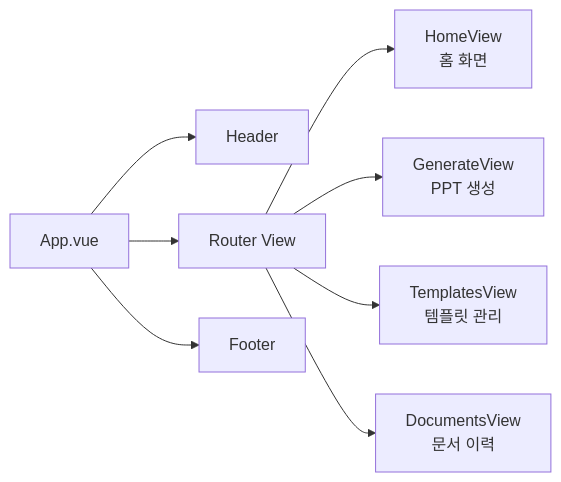
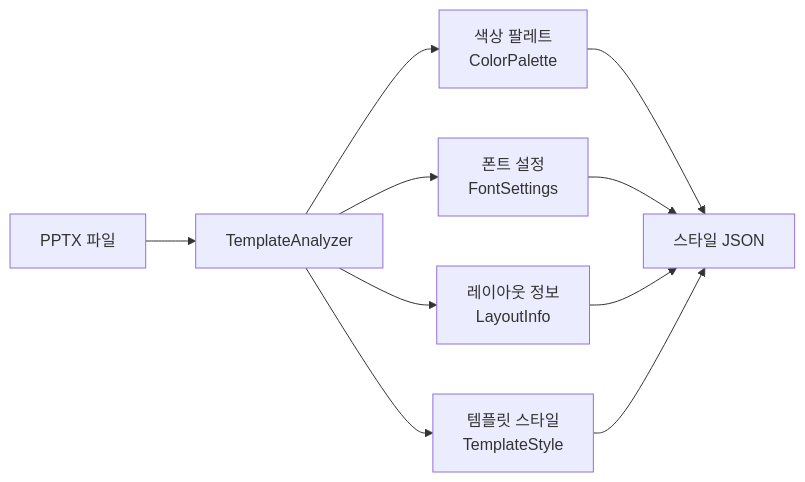
Diagram 11 of 11 in ppt-doc-automation/docs/PROJECT_ANALYSIS.md (donseok/doc_gen), drawn with Mermaid before and after one commit. The commit also changed other lines of this file and 2 other files, not shown here.

````diff
--- a/ppt-doc-automation/docs/PROJECT_ANALYSIS.md
+++ b/ppt-doc-automation/docs/PROJECT_ANALYSIS.md
@@ -432,11 +639,14 @@
 ```mermaid
 graph LR
-    A[App.vue] --> B[Header]
-    A --> C[Router View]
-    A --> D[Footer]
-
-    C --> E[HomeView<br/>홈 화면]
-    C --> F[GenerateView<br/>PPT 생성]
-    C --> G[TemplatesView<br/>템플릿 관리]
-    C --> H[DocumentsView<br/>문서 이력]
+    PPTX[PPTX 파일] --> Analyzer[TemplateAnalyzer]
+    
+    Analyzer --> Colors[색상 팔레트<br/>ColorPalette]
+    Analyzer --> Fonts[폰트 설정<br/>FontSettings]
+    Analyzer --> Layouts[레이아웃 정보<br/>LayoutInfo]
+    Analyzer --> Style[템플릿 스타일<br/>TemplateStyle]
+    
+    Colors --> JSON
+    Fonts --> JSON
+    Layouts --> JSON
+    Style --> JSON[스타일 JSON]
 ```
````
